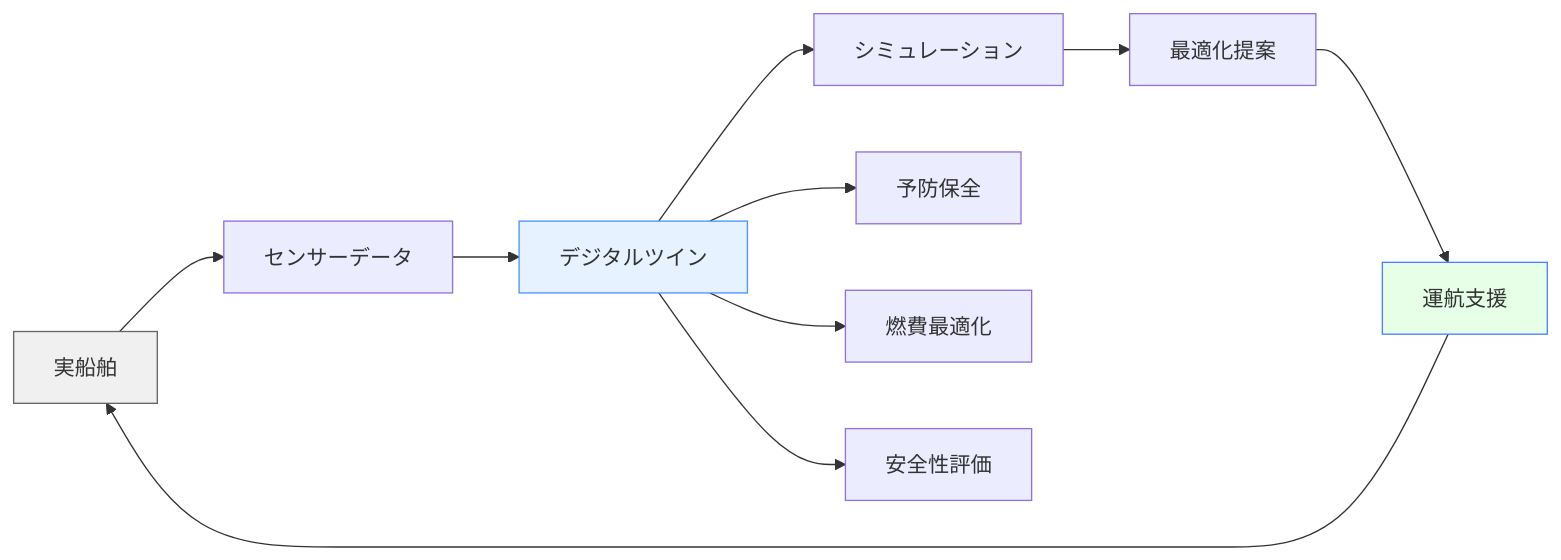
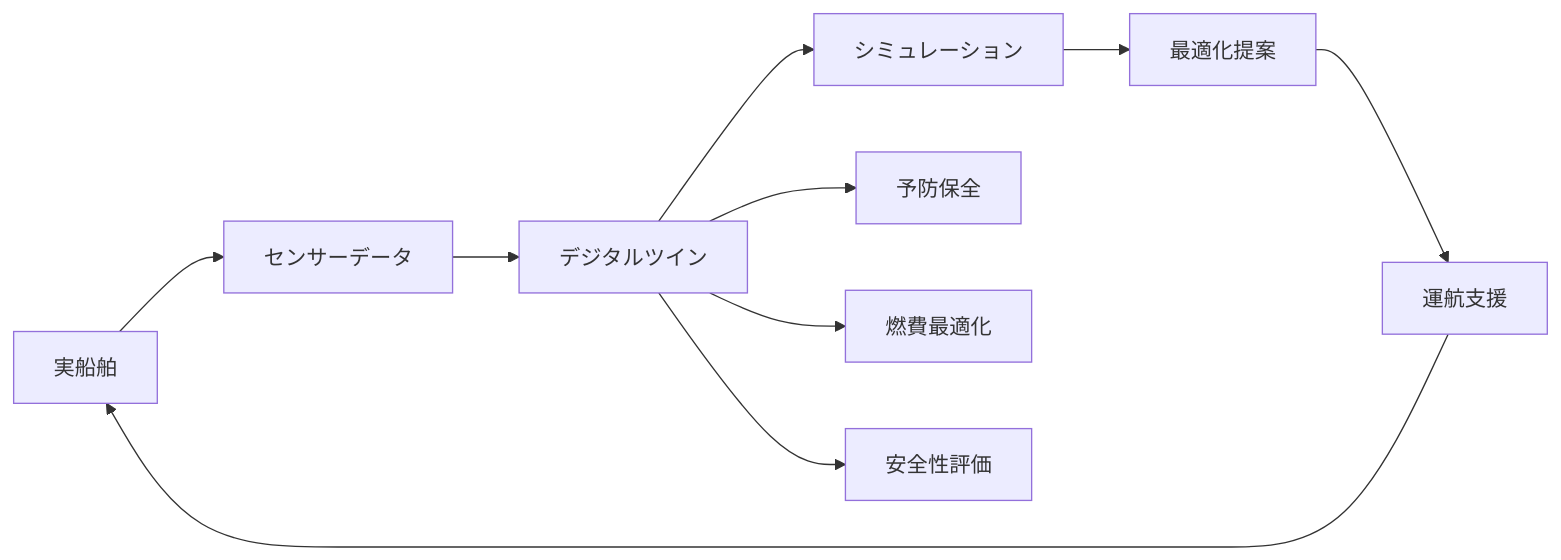
The sixth of 6 diagrams in docs/applications/maritime-sa.md (shuji-bonji/Situational-Awareness-and-Decision-Making), drawn with Mermaid before and after one commit. The commit also changed other lines of this file and 49 other files, not shown here.

Commit message:
fix: ダークモードで見づらい図の色の変更

````diff
--- a/docs/applications/maritime-sa.md
+++ b/docs/applications/maritime-sa.md
@@ -443,17 +443,17 @@
 ```mermaid
 graph LR
     A[実船舶] --> B[センサーデータ]
     B --> C[デジタルツイン]
     C --> D[シミュレーション]
     D --> E[最適化提案]
     E --> F[運航支援]
     F --> A
     
     C --> G[予防保全]
     C --> H[燃費最適化]
     C --> I[安全性評価]
     
-    style A fill:#f0f0f0,stroke:#666
-    style C fill:#e6f2ff,stroke:#4d94ff
-    style F fill:#e6ffe6,stroke:#4d7fff
+
+
+
 ```
````
